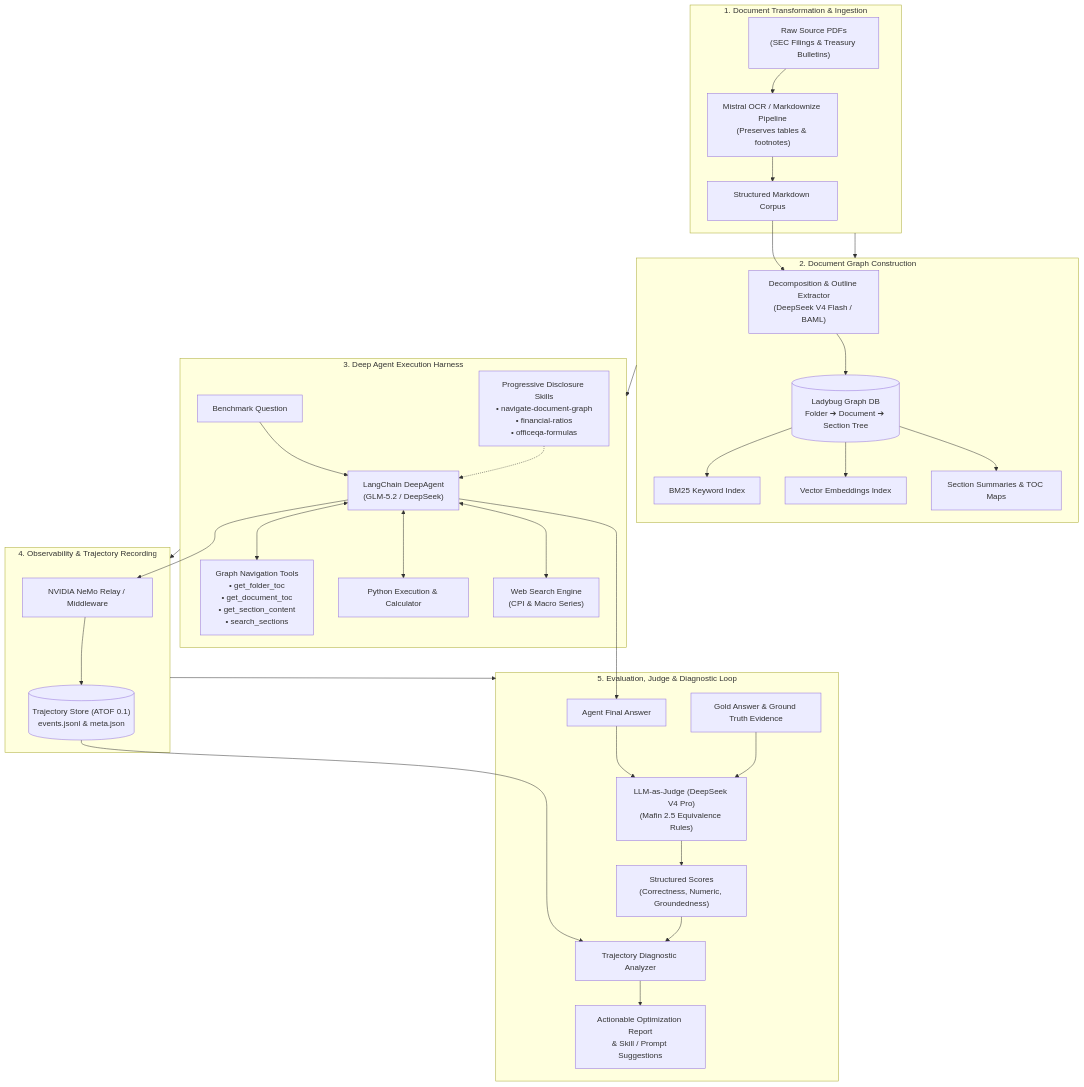
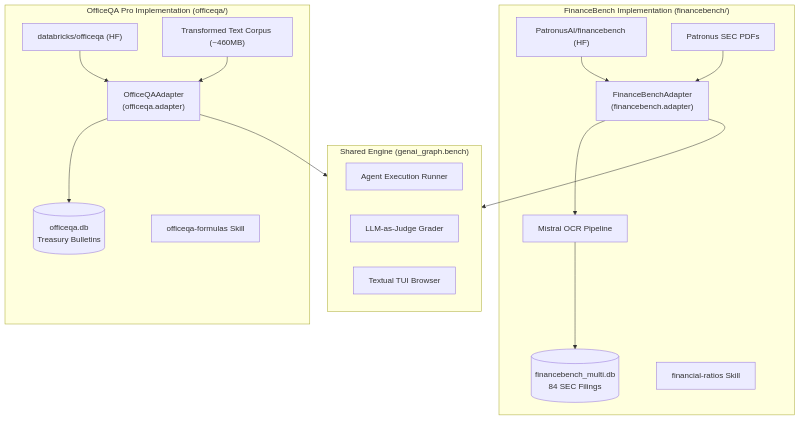
One commit to tclatos/genai-tk changed the diagram in docs/benchmarks_financebench_officeqa.md. Above: the diagram before and after it, drawn with Mermaid. The commit also changed other lines of this file and 2 other files, not shown here.

Commit message:
docs: reorganize benchmark documentation between framework and dataset studies

````diff
--- a/docs/benchmarks_financebench_officeqa.md
+++ b/docs/benchmarks_financebench_officeqa.md
@@ -339,45 +53,36 @@
 ```mermaid
 flowchart TD
-    subgraph S1["1. Document Transformation & Ingestion"]
-        PDF["Raw Source PDFs<br/>(SEC Filings & Treasury Bulletins)"]
-        OCR["Mistral OCR / Markdownize Pipeline<br/>(Preserves tables & footnotes)"]
-        MD["Structured Markdown Corpus"]
-        PDF --> OCR --> MD
+    subgraph FB_IMPL["FinanceBench Implementation (financebench/)"]
+        FB_ADAPT["FinanceBenchAdapter<br/>(financebench.adapter)"]
+        FB_HF["PatronusAI/financebench (HF)"]
+        FB_PDF["Patronus SEC PDFs"]
+        FB_OCR["Mistral OCR Pipeline"]
+        FB_DB[("financebench_multi.db<br/>84 SEC Filings")]
+        FB_SKILL["financial-ratios Skill"]
+        
+        FB_HF --> FB_ADAPT
+        FB_PDF --> FB_ADAPT
+        FB_ADAPT --> FB_OCR --> FB_DB
     end
 
-    subgraph S2["2. Document Graph Construction"]
-        MD --> FE["Decomposition & Outline Extractor<br/>(DeepSeek V4 Flash / BAML)"]
-        FE --> LADYBUG[("Ladybug Graph DB<br/>Folder ➔ Document ➔ Section Tree")]
-        LADYBUG --> IDX1["BM25 Keyword Index"]
-        LADYBUG --> IDX2["Vector Embeddings Index"]
-        LADYBUG --> SUMM["Section Summaries & TOC Maps"]
+    subgraph OQA_IMPL["OfficeQA Pro Implementation (officeqa/)"]
+        OQA_ADAPT["OfficeQAAdapter<br/>(officeqa.adapter)"]
+        OQA_HF["databricks/officeqa (HF)"]
+        OQA_TXT["Transformed Text Corpus (~460MB)"]
+        OQA_DB[("officeqa.db<br/>Treasury Bulletins")]
+        OQA_SKILL["officeqa-formulas Skill"]
+        
+        OQA_HF --> OQA_ADAPT
+        OQA_TXT --> OQA_ADAPT
+        OQA_ADAPT --> OQA_DB
     end
 
-    subgraph S3["3. Deep Agent Execution Harness"]
-        Q["Benchmark Question"] --> AGENT["LangChain DeepAgent<br/>(GLM-5.2 / DeepSeek)"]
-        AGENT <--> TOOLS["Graph Navigation Tools<br/>• get_folder_toc<br/>• get_document_toc<br/>• get_section_content<br/>• search_sections"]
-        AGENT <--> EXEC["Python Execution & Calculator"]
-        AGENT <--> WEB["Web Search Engine<br/>(CPI & Macro Series)"]
-        SKILLS["Progressive Disclosure Skills<br/>• navigate-document-graph<br/>• financial-ratios<br/>• officeqa-formulas"] -.-> AGENT
+    subgraph CORE["Shared Engine (genai_graph.bench)"]
+        RUNNER["Agent Execution Runner"]
+        JUDGE["LLM-as-Judge Grader"]
+        TUI["Textual TUI Browser"]
     end
 
-    subgraph S4["4. Observability & Trajectory Recording"]
-        AGENT --> RELAY["NVIDIA NeMo Relay / Middleware"]
-        RELAY --> ATOF[("Trajectory Store (ATOF 0.1)<br/>events.jsonl & meta.json")]
-    end
-
-    subgraph S5["5. Evaluation, Judge & Diagnostic Loop"]
-        AGENT --> ANS["Agent Final Answer"]
-        ANS --> JUDGE["LLM-as-Judge (DeepSeek V4 Pro)<br/>(Mafin 2.5 Equivalence Rules)"]
-        GOLD["Gold Answer & Ground Truth Evidence"] --> JUDGE
-        JUDGE --> VERDICT["Structured Scores<br/>(Correctness, Numeric, Groundedness)"]
-        ATOF --> DIAG["Trajectory Diagnostic Analyzer"]
-        VERDICT --> DIAG
-        DIAG --> REPORT["Actionable Optimization Report<br/>& Skill / Prompt Suggestions"]
-    end
-
-    S1 --> S2
-    S2 --> S3
-    S3 --> S4
-    S4 --> S5
+    FB_ADAPT --> CORE
+    OQA_ADAPT --> CORE
 ```
````
